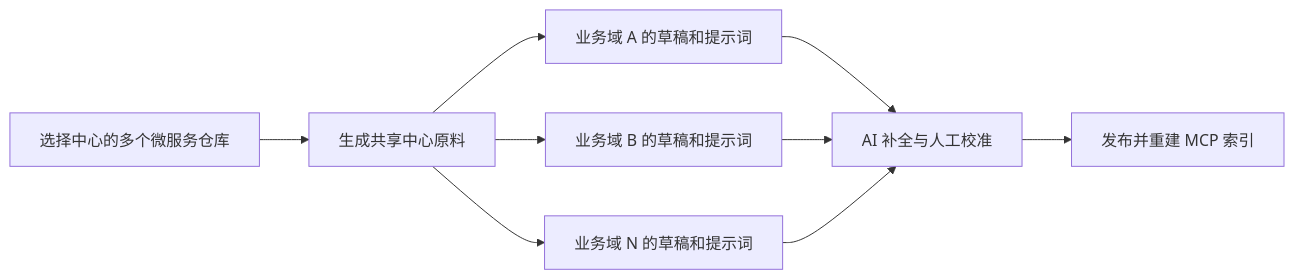
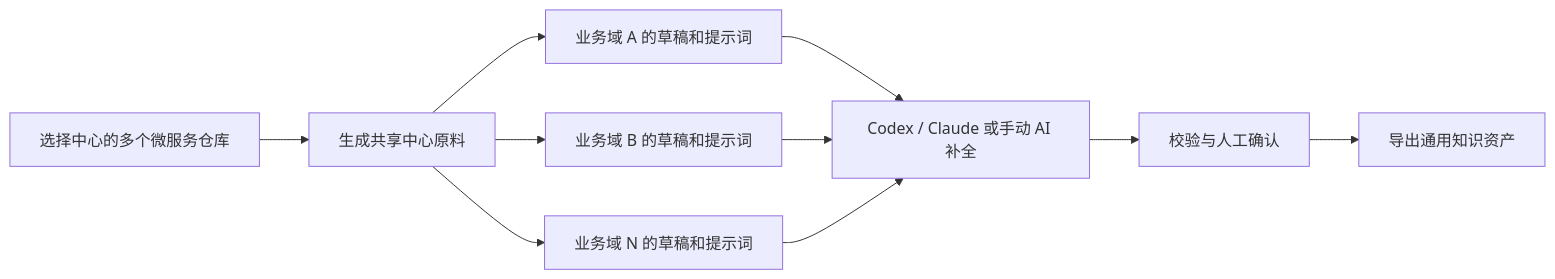
The first of 2 diagrams in README.md (Gary-Coding/knowledge-builder), drawn with Mermaid before and after one commit. The commit also changed other lines of this file and 9 other files, not shown here.

````diff
--- a/README.md
+++ b/README.md
@@ -33,11 +32,12 @@
 ```mermaid
 flowchart LR
     A["选择中心的多个微服务仓库"] --> B["生成共享中心原料"]
     B --> C1["业务域 A 的草稿和提示词"]
     B --> C2["业务域 B 的草稿和提示词"]
     B --> C3["业务域 N 的草稿和提示词"]
-    C1 --> D["AI 补全与人工校准"]
+    C1 --> D["Codex / Claude 或手动 AI 补全"]
     C2 --> D
     C3 --> D
-    D --> E["发布并重建 MCP 索引"]
+    D --> E["校验与人工确认"]
+    E --> F["导出通用知识资产"]
 ```
````
